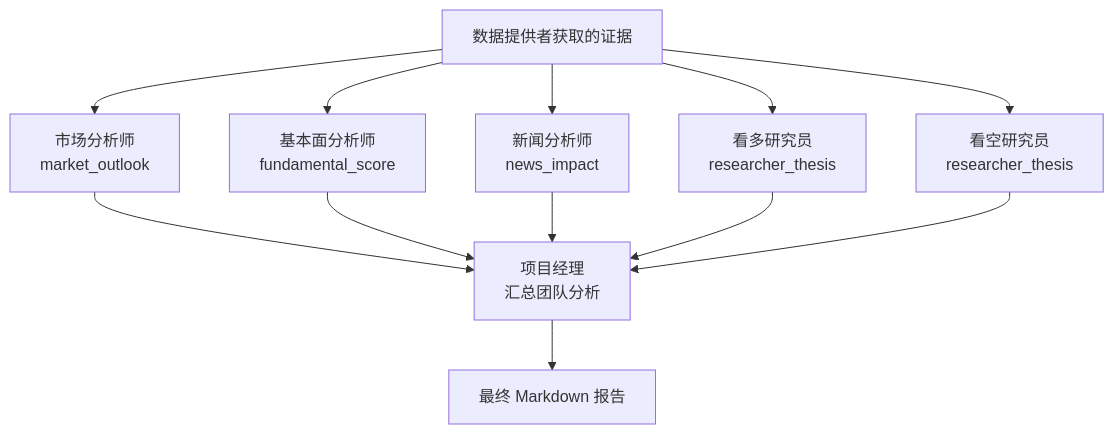
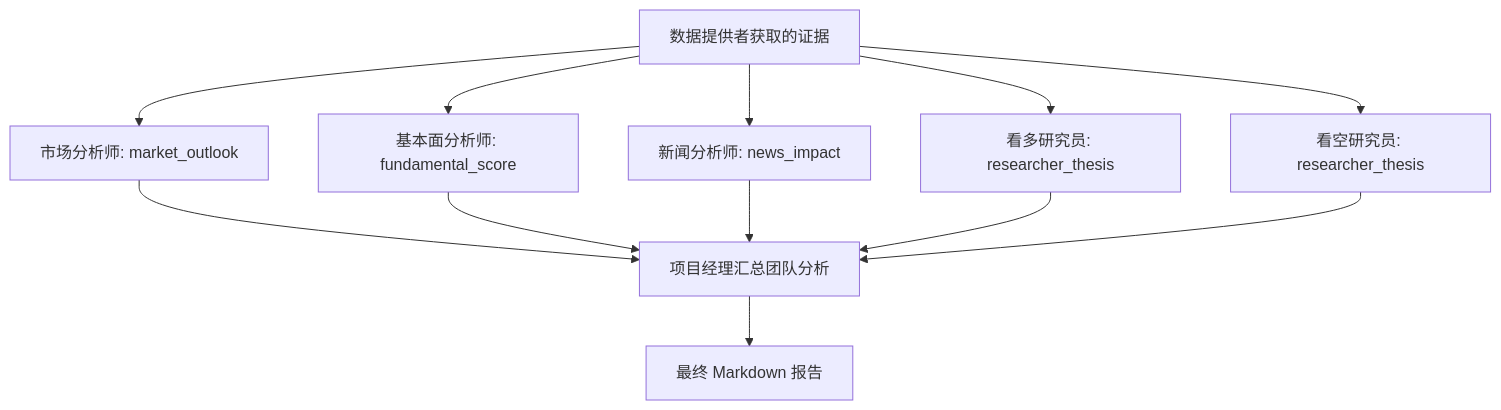
Before and after one commit to hotwind2015/tradingagents_next: the second of 2 diagrams in README.zh-CN.md, drawn with Mermaid. The commit also changed other lines of this file and 1 other file, not shown here.

Commit message:
Modify document flowchart rendering

````diff
--- a/README.zh-CN.md
+++ b/README.zh-CN.md
@@ -72,15 +38,15 @@
 ```mermaid
 flowchart TD
-    Evidence["数据提供者获取的证据"] --> Market["市场分析师<br/>market_outlook"]
-    Evidence --> Fundamentals["基本面分析师<br/>fundamental_score"]
-    Evidence --> News["新闻分析师<br/>news_impact"]
-    Evidence --> Bull["看多研究员<br/>researcher_thesis"]
-    Evidence --> Bear["看空研究员<br/>researcher_thesis"]
+    Evidence["数据提供者获取的证据"] --> Market["市场分析师: market_outlook"]
+    Evidence --> Fundamentals["基本面分析师: fundamental_score"]
+    Evidence --> News["新闻分析师: news_impact"]
+    Evidence --> Bull["看多研究员: researcher_thesis"]
+    Evidence --> Bear["看空研究员: researcher_thesis"]
 
-    Market --> Manager["项目经理<br/>汇总团队分析"]
+    Market --> Manager["项目经理汇总团队分析"]
     Fundamentals --> Manager
     News --> Manager
     Bull --> Manager
     Bear --> Manager
     Manager --> Final["最终 Markdown 报告"]
 ```
````
